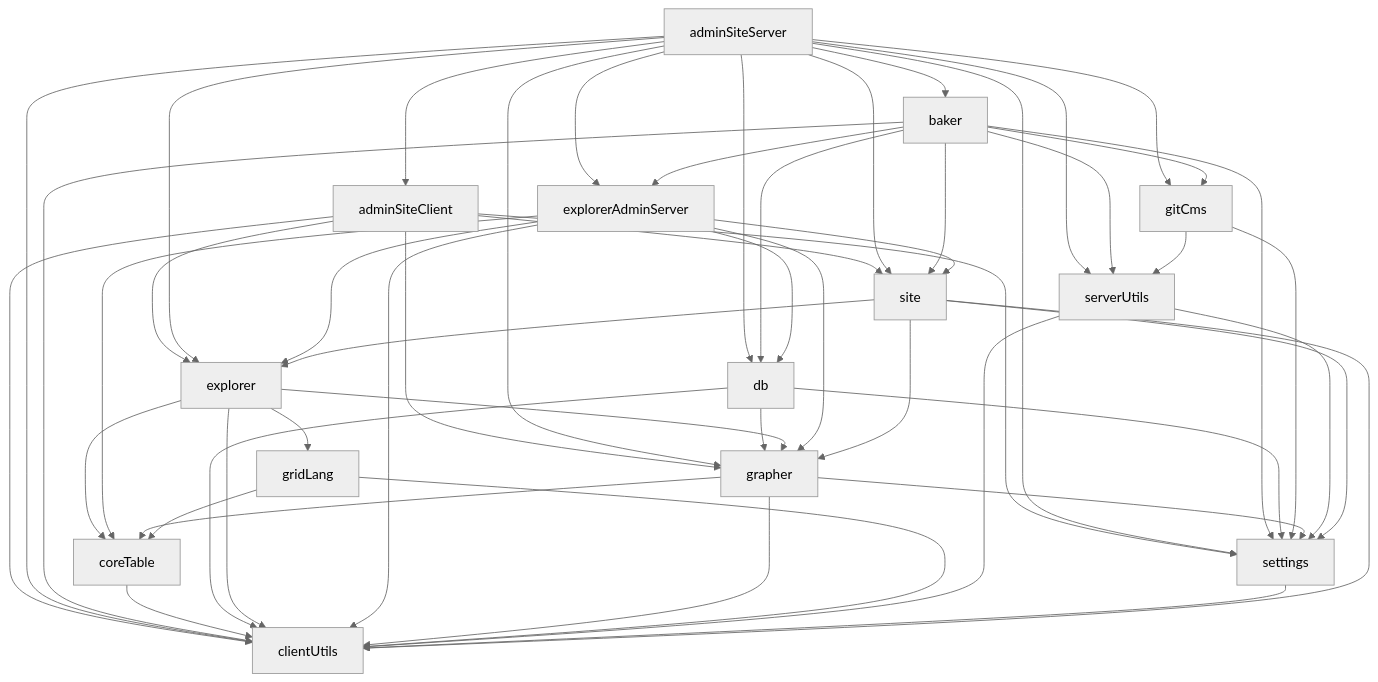
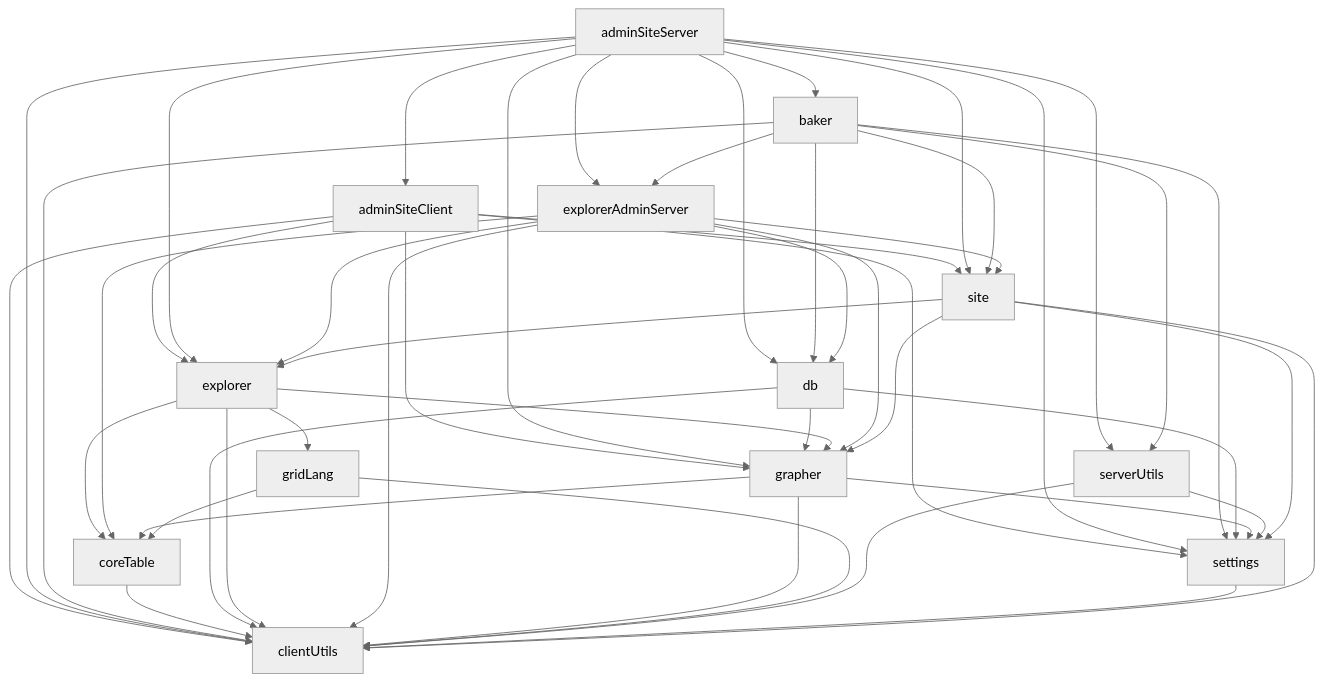
The diagram in devTools/project-dependencies.md (owid/owid-grapher), drawn with Mermaid (neutral theme) before and after one commit. The commit also changed 15 other files, not shown here.

Commit message:
cleanup: remove `gitCms`

````diff
--- a/devTools/project-dependencies.md
+++ b/devTools/project-dependencies.md
@@ -1,82 +1,76 @@
 ```mermaid
 %% This file is manually generated from the different tsconfig files.
 
 graph TD;
     adminSiteClient;
     adminSiteServer;
     baker;
     clientUtils;
     coreTable;
     db;
     explorer;
     explorerAdminServer;
-    gitCms;
     grapher;
     gridLang;
     serverUtils;
     settings;
     site;
 
     adminSiteClient --> clientUtils;
     adminSiteClient --> explorer;
     adminSiteClient --> grapher;
     adminSiteClient --> settings;
     adminSiteClient --> site;
     adminSiteServer --> adminSiteClient;
     adminSiteServer --> baker;
     adminSiteServer --> clientUtils;
     adminSiteServer --> db;
     adminSiteServer --> explorer;
     adminSiteServer --> explorerAdminServer;
-    adminSiteServer --> gitCms;
     adminSiteServer --> grapher;
     adminSiteServer --> serverUtils;
     adminSiteServer --> settings;
     adminSiteServer --> site;
 
     baker --> clientUtils;
     baker --> db;
     baker --> explorerAdminServer;
-    baker --> gitCms;
     baker --> serverUtils;
     baker --> settings;
     baker --> site;
 
     coreTable --> clientUtils;
 
     db --> clientUtils;
     db --> grapher;
     db --> settings;
 
     explorer --> clientUtils;
     explorer --> coreTable;
     explorer --> grapher;
     explorer --> gridLang;
 
     explorerAdminServer --> clientUtils;
     explorerAdminServer --> coreTable;
     explorerAdminServer --> db;
     explorerAdminServer --> explorer;
     explorerAdminServer --> grapher;
     explorerAdminServer --> site;
 
-    gitCms --> serverUtils;
-    gitCms --> settings;
-
     grapher --> clientUtils;
     grapher --> coreTable;
     grapher --> settings;
 
     gridLang --> clientUtils;
     gridLang --> coreTable;
 
     serverUtils --> clientUtils;
     serverUtils --> settings;
 
     settings --> clientUtils;
 
     site --> clientUtils;
     site --> explorer;
     site --> grapher;
     site --> settings;
 ```
````
